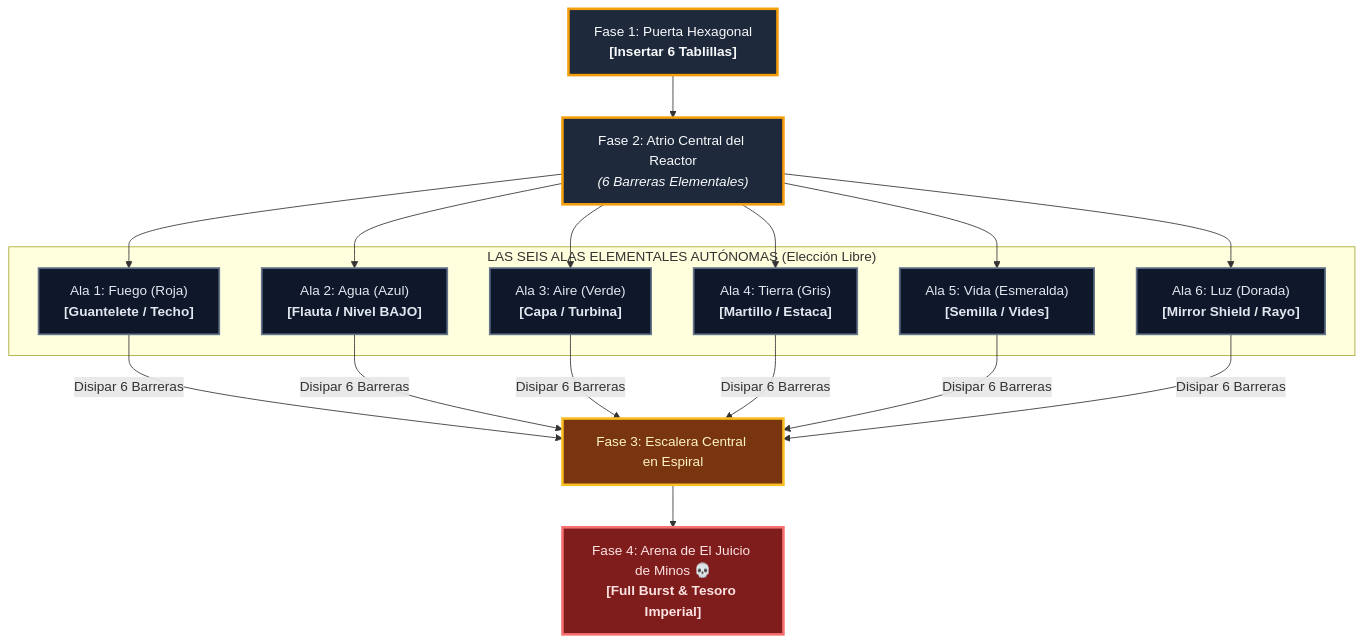
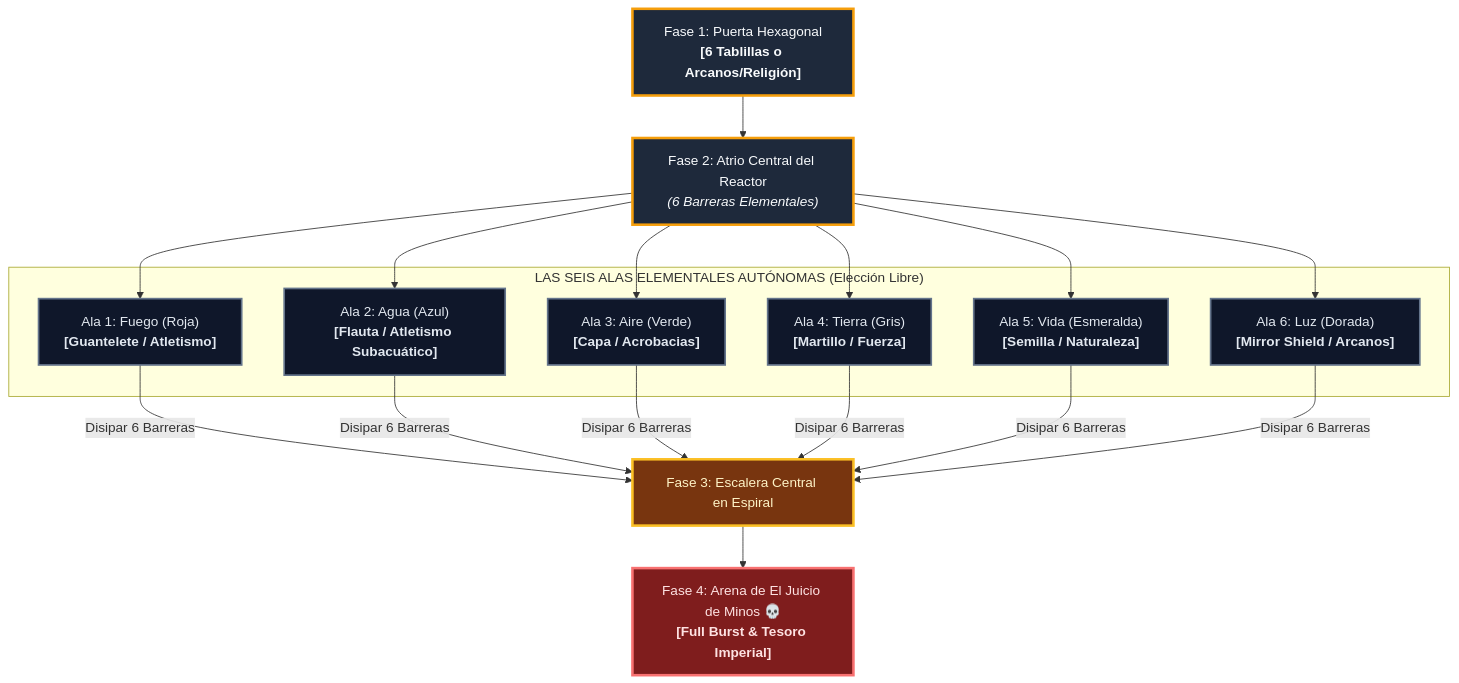
One commit to linkmati/ShivathLyss changed the diagram in 7 - DM/OneShots/ARepeat/Subdungeons/07_Sanctum_12_Reactor_Central.md. Above: the diagram before and after it, drawn with Mermaid. The commit also changed other lines of this file and 6 other files, not shown here.

````diff
--- a/7 - DM/OneShots/ARepeat/Subdungeons/07_Sanctum_12_Reactor_Central.md
+++ b/7 - DM/OneShots/ARepeat/Subdungeons/07_Sanctum_12_Reactor_Central.md
@@ -14,24 +16,24 @@
 ```mermaid
 graph TD
     classDef hub fill:#1e293b,stroke:#f59e0b,stroke-width:3px,color:#f8fafc;
     classDef wing fill:#0f172a,stroke:#64748b,stroke-width:2px,color:#e2e8f0;
     classDef unlock fill:#78350f,stroke:#fbbf24,stroke-width:3px,color:#fef3c7;
     classDef boss fill:#7f1d1d,stroke:#f87171,stroke-width:3px,color:#fee2e2;
 
-    S1["Fase 1: Puerta Hexagonal<br/><b>[Insertar 6 Tablillas]</b>"]:::hub
+    S1["Fase 1: Puerta Hexagonal<br/><b>[6 Tablillas o Arcanos/Religión]</b>"]:::hub
     S2["Fase 2: Atrio Central del Reactor<br/><i>(6 Barreras Elementales)</i>"]:::hub
 
     subgraph "LAS SEIS ALAS ELEMENTALES AUTÓNOMAS (Elección Libre)"
-        B1["Ala 1: Fuego (Roja)<br/><b>[Guantelete / Techo]</b>"]:::wing
-        B2["Ala 2: Agua (Azul)<br/><b>[Flauta / Nivel BAJO]</b>"]:::wing
-        B3["Ala 3: Aire (Verde)<br/><b>[Capa / Turbina]</b>"]:::wing
-        B4["Ala 4: Tierra (Gris)<br/><b>[Martillo / Estaca]</b>"]:::wing
-        B5["Ala 5: Vida (Esmeralda)<br/><b>[Semilla / Vides]</b>"]:::wing
-        B6["Ala 6: Luz (Dorada)<br/><b>[Mirror Shield / Rayo]</b>"]:::wing
+        B1["Ala 1: Fuego (Roja)<br/><b>[Guantelete / Atletismo]</b>"]:::wing
+        B2["Ala 2: Agua (Azul)<br/><b>[Flauta / Atletismo Subacuático]</b>"]:::wing
+        B3["Ala 3: Aire (Verde)<br/><b>[Capa / Acrobacias]</b>"]:::wing
+        B4["Ala 4: Tierra (Gris)<br/><b>[Martillo / Fuerza]</b>"]:::wing
+        B5["Ala 5: Vida (Esmeralda)<br/><b>[Semilla / Naturaleza]</b>"]:::wing
+        B6["Ala 6: Luz (Dorada)<br/><b>[Mirror Shield / Arcanos]</b>"]:::wing
     end
 
     S1 --> S2
     S2 --> B1 & B2 & B3 & B4 & B5 & B6
     B1 & B2 & B3 & B4 & B5 & B6 -->|Disipar 6 Barreras| S3["Fase 3: Escalera Central en Espiral"]:::unlock
     S3 --> S4["Fase 4: Arena de El Juicio de Minos 💀<br/><b>[Full Burst & Tesoro Imperial]</b>"]:::boss
 ```
````
